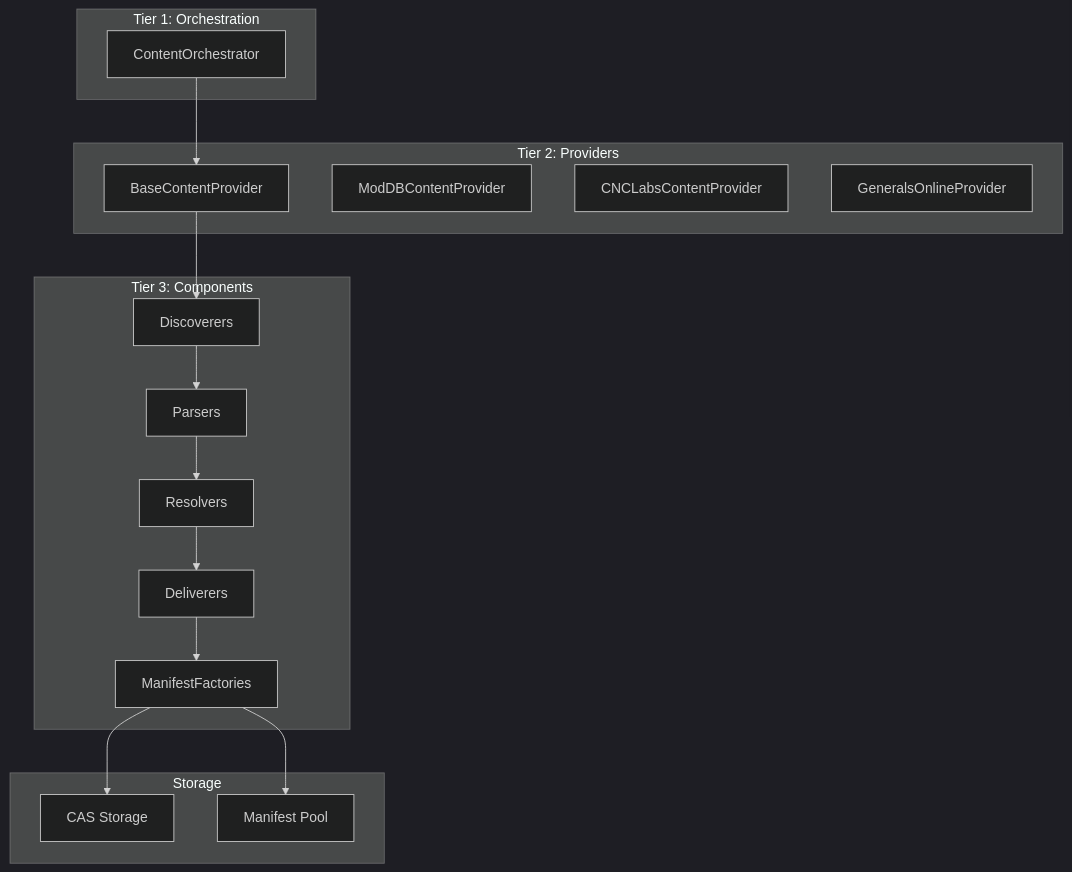
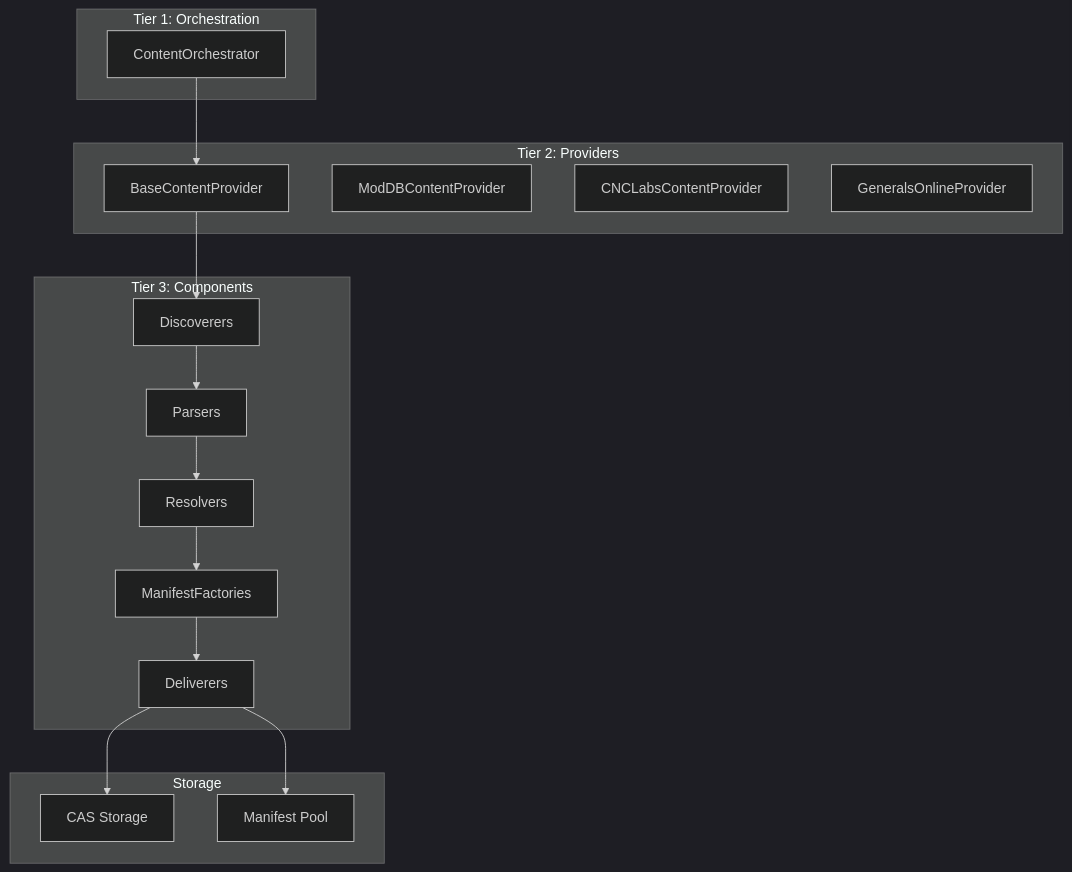
One commit to undead2146/GenHub changed the first of 4 diagrams in docs/features/content/content-pipeline.md. Above: the diagram before and after it, drawn with Mermaid (dark theme). The commit also changed 5 other files, not shown here.

Commit message:
docs: address CodeRabbit review feedback on downloads architecture and pipeline

````diff
--- a/docs/features/content/content-pipeline.md
+++ b/docs/features/content/content-pipeline.md
@@ -15,35 +15,35 @@
 ```mermaid
 flowchart TB
     subgraph "Tier 1: Orchestration"
         CO["ContentOrchestrator"]
     end
 
     subgraph "Tier 2: Providers"
         BP["BaseContentProvider"]
         MDP["ModDBContentProvider"]
         CLP["CNCLabsContentProvider"]
         GOP["GeneralsOnlineProvider"]
     end
 
     subgraph "Tier 3: Components"
         D["Discoverers"]
         P["Parsers"]
         R["Resolvers"]
         DEL["Deliverers"]
         MF["ManifestFactories"]
     end
 
     subgraph "Storage"
         CAS["CAS Storage"]
         MP["Manifest Pool"]
     end
 
     CO --> BP
     BP --> D
     D --> P
     P --> R
-    R --> DEL
-    DEL --> MF
-    MF --> CAS
-    MF --> MP
+    R --> MF
+    MF --> DEL
+    DEL --> CAS
+    DEL --> MP
 ```
````
